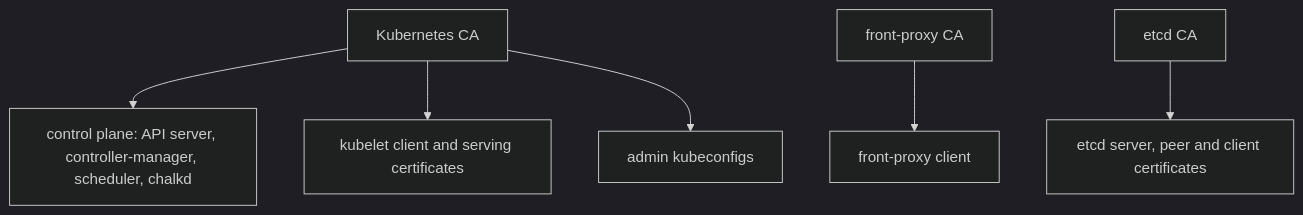
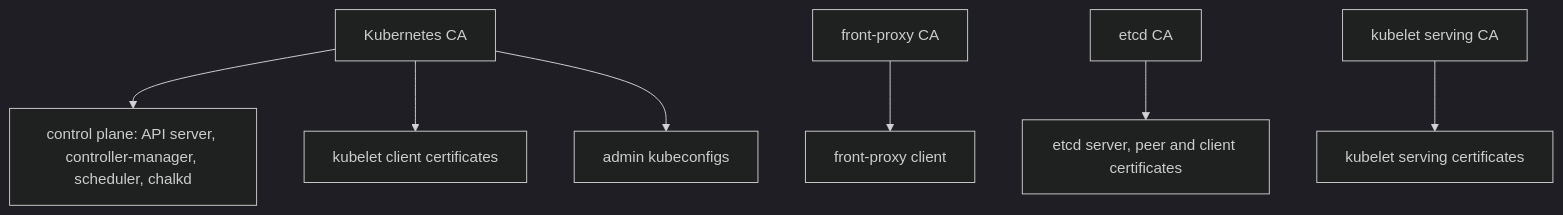
Before and after one commit to trevex/chalkos: the diagram in docs/how-it-works/kubernetes/certificates.md, drawn with Mermaid (dark theme). The commit also changed other lines of this file and 46 other files, not shown here.

Commit message:
feat(kubernetes): sign kubelet serving certificates with a CA of their own (#136)

````diff
--- a/docs/how-it-works/kubernetes/certificates.md
+++ b/docs/how-it-works/kubernetes/certificates.md
@@ -45,8 +54,9 @@
 ```mermaid
 flowchart TD
     kca["Kubernetes CA"] --> cp["control plane: API server, controller-manager, scheduler, chalkd"]
-    kca --> kubelet["kubelet client and serving certificates"]
+    kca --> kubelet["kubelet client certificates"]
     kca --> admin["admin kubeconfigs"]
     fpca["front-proxy CA"] --> fp["front-proxy client"]
     etcdca["etcd CA"] --> etcd["etcd server, peer and client certificates"]
+    ksca["kubelet serving CA"] --> serving["kubelet serving certificates"]
 ```
````
